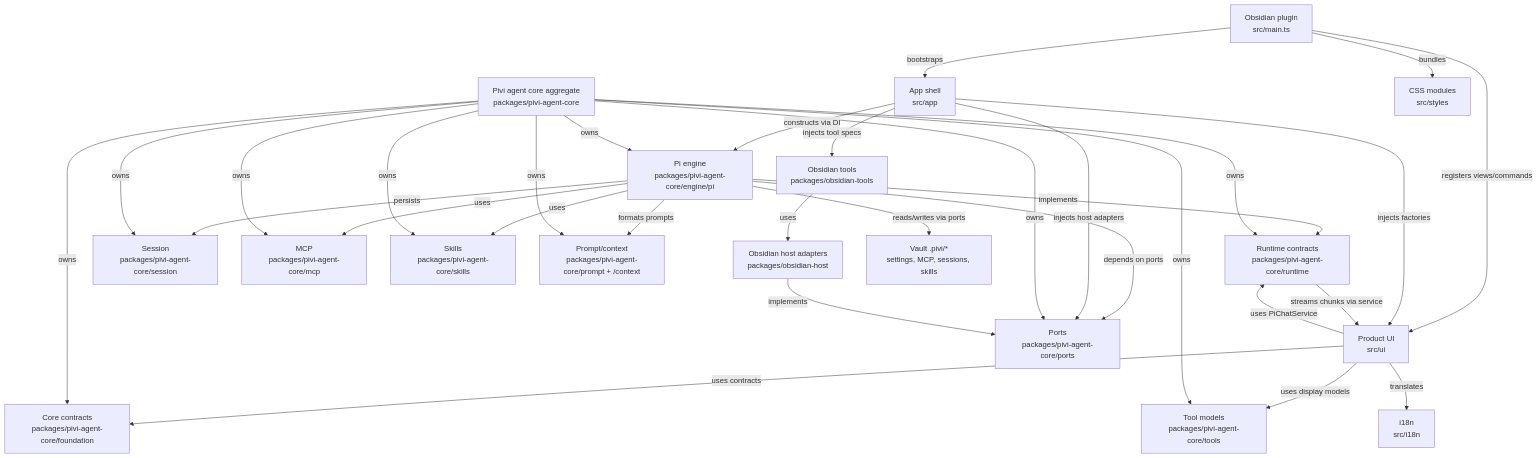
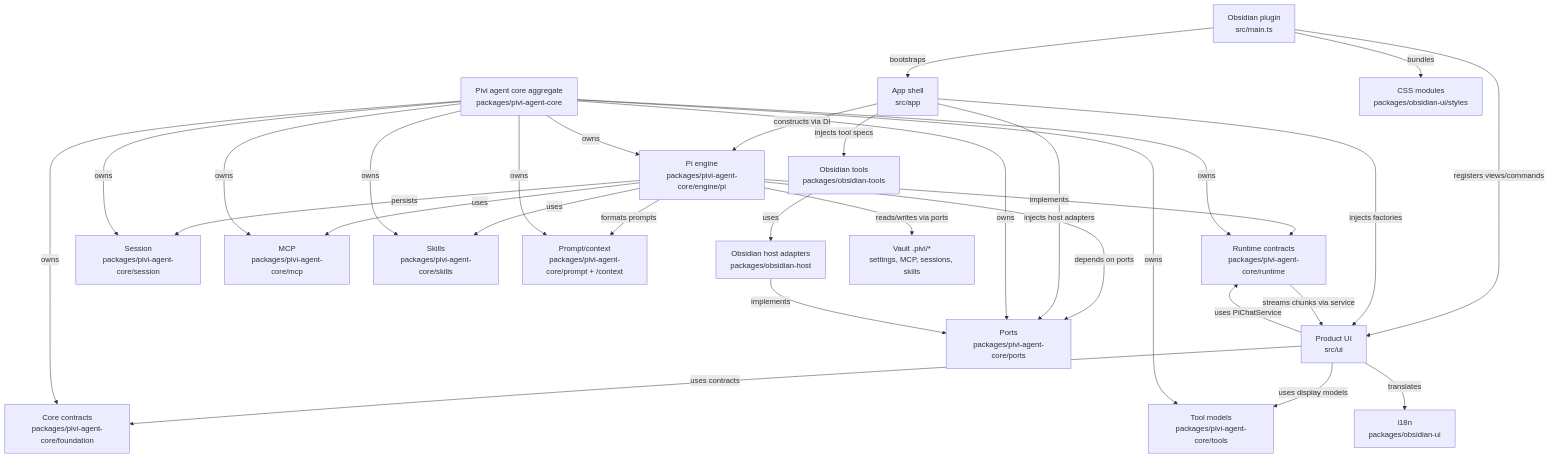
One commit to shuuul/obsidian-pivi changed the first of 3 diagrams in AGENTS.md. Above: the diagram before and after it, drawn with Mermaid. The commit also changed other lines of this file and 405 other files, not shown here.

````diff
--- a/AGENTS.md
+++ b/AGENTS.md
@@ -135,33 +137,33 @@
 ```mermaid
 flowchart TD
   Host["Obsidian plugin<br/>src/main.ts"] -- "bootstraps" --> App["App shell<br/>src/app"]
   Host -- "registers views/commands" --> UI["Product UI<br/>src/ui"]
   App -- "constructs via DI" --> Runtime["Pi engine<br/>packages/pivi-agent-core/engine/pi"]
   App -- "injects factories" --> UI
   UI -- "uses contracts" --> Core["Core contracts<br/>packages/pivi-agent-core/foundation"]
   UI -- "uses PiChatService" --> RuntimeContracts["Runtime contracts<br/>packages/pivi-agent-core/runtime"]
   UI -- "uses display models" --> Tools["Tool models<br/>packages/pivi-agent-core/tools"]
-  UI -- "translates" --> I18n["i18n<br/>src/i18n"]
+  UI -- "translates" --> I18n["i18n<br/>packages/obsidian-ui"]
   Runtime -- "implements" --> RuntimeContracts
   Runtime -- "depends on ports" --> Ports["Ports<br/>packages/pivi-agent-core/ports"]
   Runtime -- "persists" --> Session["Session<br/>packages/pivi-agent-core/session"]
   Runtime -- "uses" --> MCP["MCP<br/>packages/pivi-agent-core/mcp"]
   Runtime -- "uses" --> Skills["Skills<br/>packages/pivi-agent-core/skills"]
   Runtime -- "formats prompts" --> Prompt["Prompt/context<br/>packages/pivi-agent-core/prompt + /context"]
   App -- "injects tool specs" --> ObsidianTools["Obsidian tools<br/>packages/obsidian-tools"]
   App -- "injects host adapters" --> Ports
   AgentCore["Pivi agent core aggregate<br/>packages/pivi-agent-core"] -- "owns" --> Core
   AgentCore -- "owns" --> Tools
   AgentCore -- "owns" --> Session
   AgentCore -- "owns" --> MCP
   AgentCore -- "owns" --> Skills
   AgentCore -- "owns" --> Prompt
   AgentCore -- "owns" --> Ports
   AgentCore -- "owns" --> RuntimeContracts
   AgentCore -- "owns" --> Runtime
   ObsidianTools -- "uses" --> ObsidianHost["Obsidian host adapters<br/>packages/obsidian-host"]
   ObsidianHost -- "implements" --> Ports
-  Host -- "bundles" --> Style["CSS modules<br/>src/styles"]
+  Host -- "bundles" --> Style["CSS modules<br/>packages/obsidian-ui/styles"]
   RuntimeContracts -- "streams chunks via service" --> UI
   Runtime -- "reads/writes via ports" --> Vault["Vault .pivi/*<br/>settings, MCP, sessions, skills"]
 ```
````
